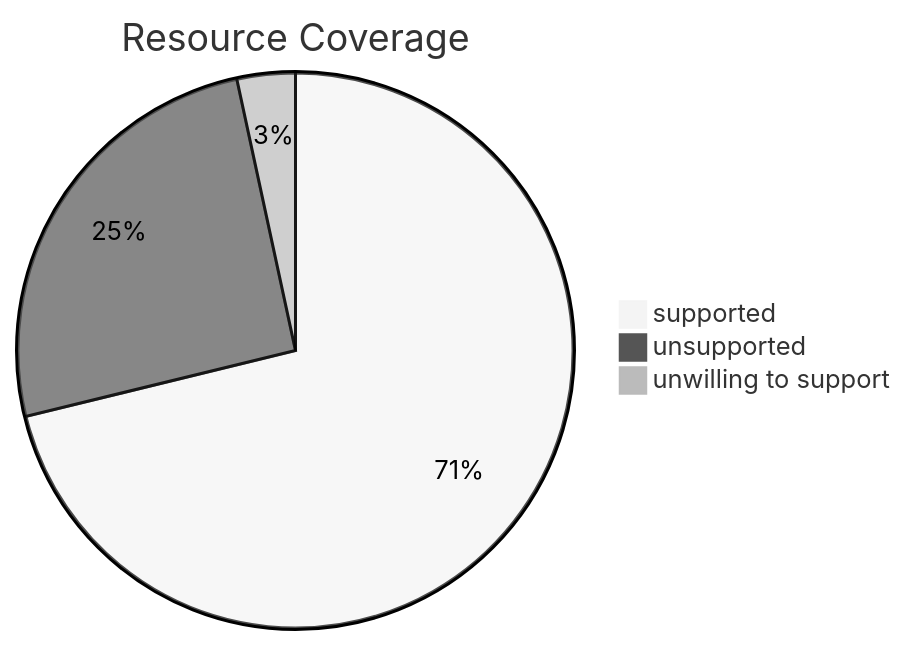
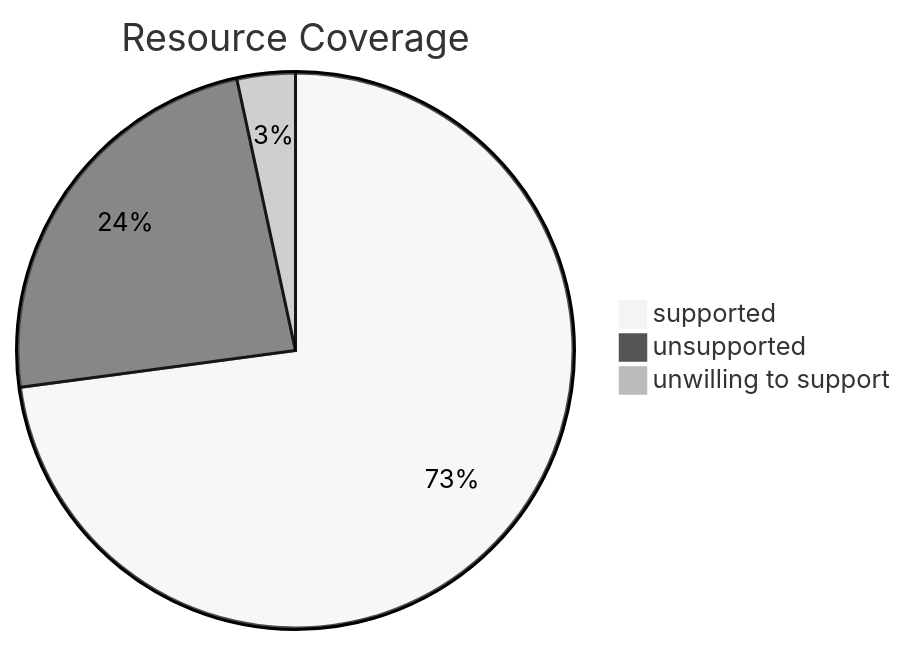
The diagram in README.md (lassoColombo/nuke), drawn with Mermaid (neutral theme) before and after one commit. The commit also changed other lines of this file, not shown here.

````diff
--- a/README.md
+++ b/README.md
@@ -153,7 +153,7 @@
 ```mermaid
 pie title Resource Coverage
-    "supported" : 42
-    "unsupported" : 15
+    "supported" : 43
+    "unsupported" : 14
     "unwilling to support" : 2
 
 ```
````
